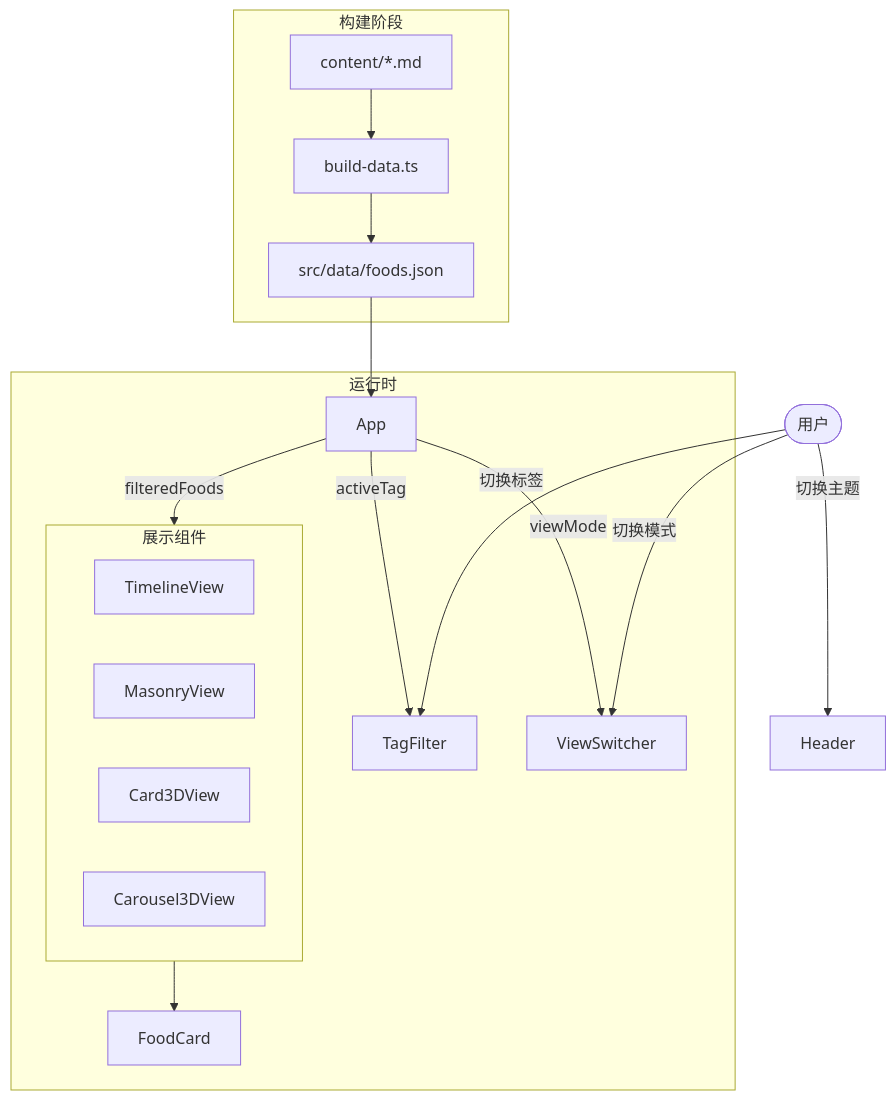
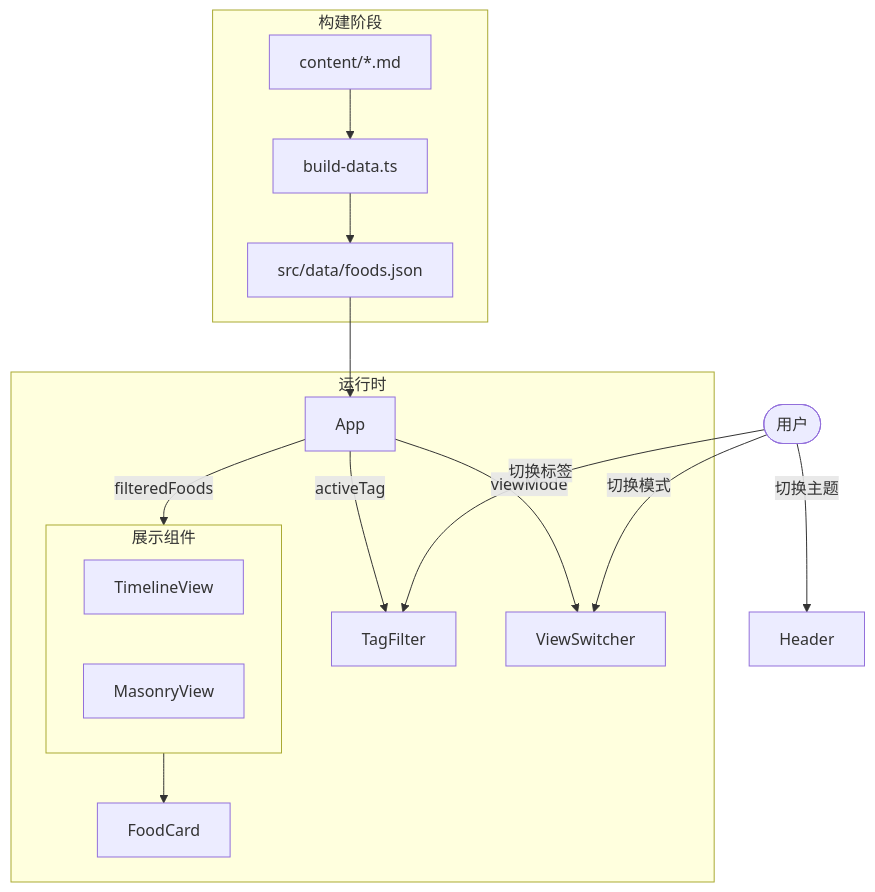
One commit to etc1208/FoodDiary changed the diagram in docs/specs/food-diary-mobile-web/design.md. Above: the diagram before and after it, drawn with Mermaid. The commit also changed other lines of this file and 9 other files, not shown here.

First line of the commit message:
refactor: remove 3D display modes, keep only timeline and masonry

````diff
--- a/docs/specs/food-diary-mobile-web/design.md
+++ b/docs/specs/food-diary-mobile-web/design.md
@@ -64,27 +63,25 @@
 ```mermaid
 flowchart TB
     subgraph Build["构建阶段"]
         MD[content/*.md] --> Script[build-data.ts]
         Script --> JSON[src/data/foods.json]
     end
 
     subgraph Runtime["运行时"]
         JSON --> App
         App --> |activeTag| TagFilter
         App --> |viewMode| ViewSwitcher
         App --> |filteredFoods| Views
 
         subgraph Views["展示组件"]
             TimelineView
             MasonryView
-            Card3DView
-            Carousel3DView
         end
 
         Views --> FoodCard
     end
 
     User([用户]) --> |切换标签| TagFilter
     User --> |切换模式| ViewSwitcher
     User --> |切换主题| Header
 ```
````
